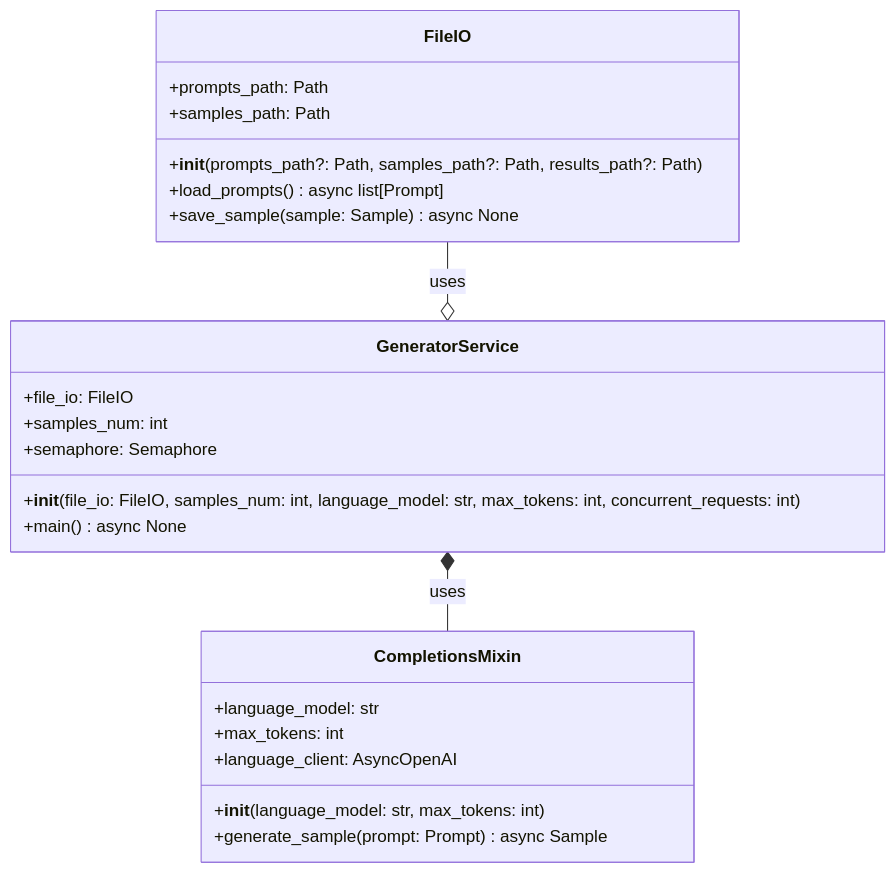
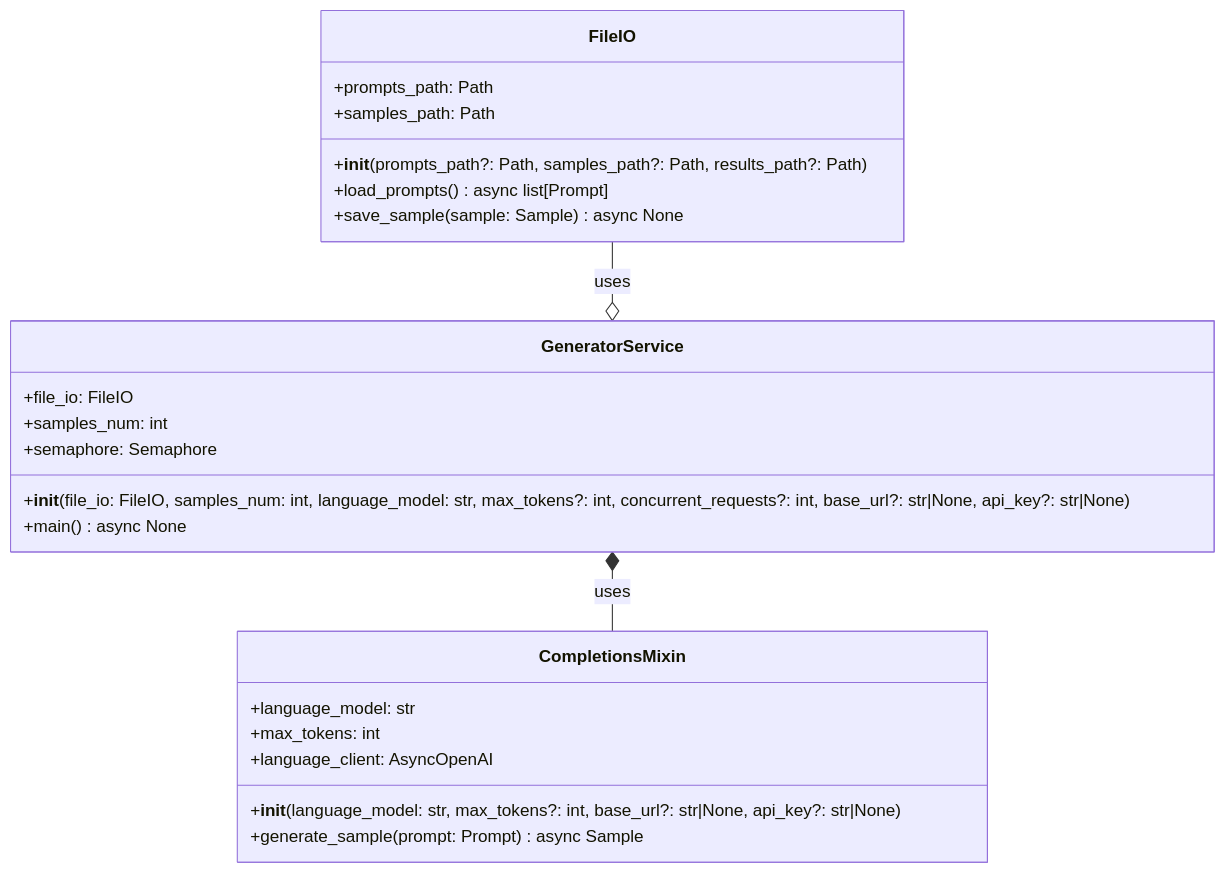
The fourth of 7 diagrams in CONTRIBUTING.md (S1M0N38/llm-fingerprint), drawn with Mermaid before and after one commit. The commit also changed other lines of this file, not shown here.

Commit message:
docs(CONTRIBUTING): update diagrams and release cycle

````diff
--- a/CONTRIBUTING.md
+++ b/CONTRIBUTING.md
@@ -213,29 +215,29 @@
 ```mermaid
 classDiagram
     class CompletionsMixin {
         +language_model: str
         +max_tokens: int
         +language_client: AsyncOpenAI
-        +__init__(language_model: str, max_tokens: int)
+        +__init__(language_model: str, max_tokens?: int, base_url?: str|None, api_key?: str|None)
         +generate_sample(prompt: Prompt) async Sample
     }
 
     class FileIO {
         +prompts_path: Path
         +samples_path: Path
         +__init__(prompts_path?: Path, samples_path?: Path, results_path?: Path)
         +load_prompts() async list[Prompt]
         +save_sample(sample: Sample) async None
     }
 
     class GeneratorService {
         +file_io: FileIO
         +samples_num: int
         +semaphore: Semaphore
-        +__init__(file_io: FileIO, samples_num: int, language_model: str, max_tokens: int, concurrent_requests: int)
+        +__init__(file_io: FileIO, samples_num: int, language_model: str, max_tokens?: int, concurrent_requests?: int, base_url?: str|None, api_key?: str|None)
         +main() async None
     }
 
     FileIO --o GeneratorService : uses
     GeneratorService *-- CompletionsMixin : uses
 ```
````
